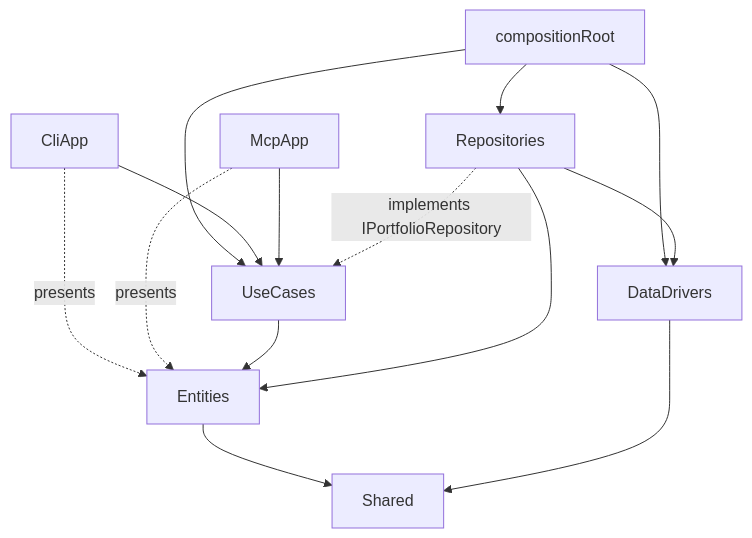
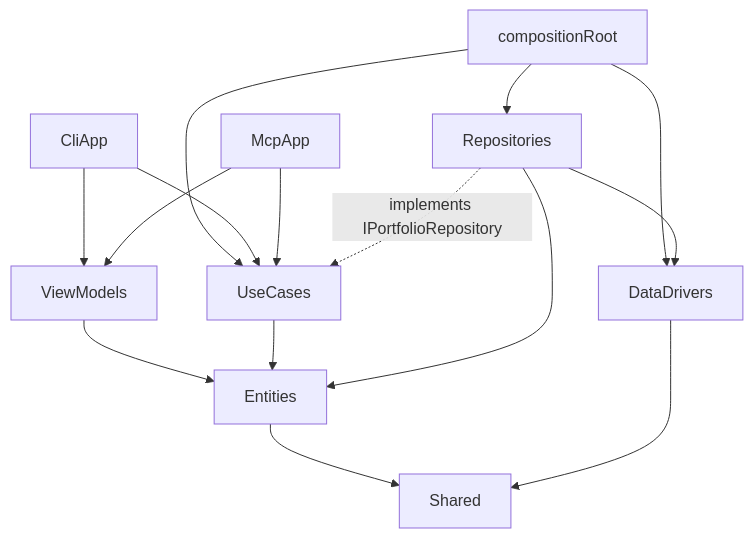
The second of 3 diagrams in docs/architecture/overview.md (armaaar/stock-calc), drawn with Mermaid before and after one commit. The commit also changed other lines of this file and 9 other files, not shown here.

Commit message:
refactor: share one portfolio view model between the cli and mcp presenters

````diff
--- a/docs/architecture/overview.md
+++ b/docs/architecture/overview.md
@@ -45,16 +46,17 @@
 ```mermaid
 flowchart TD
   Root[compositionRoot] --> Repositories
   Root --> DataDrivers
   Root --> UseCases
   CliApp --> UseCases
   McpApp --> UseCases
-  CliApp -.presents.-> Entities
-  McpApp -.presents.-> Entities
+  CliApp --> ViewModels
+  McpApp --> ViewModels
+  ViewModels --> Entities
   UseCases --> Entities
   Repositories -.implements IPortfolioRepository.-> UseCases
   Repositories --> DataDrivers
   Repositories --> Entities
   Entities --> Shared
   DataDrivers --> Shared
 ```
````
